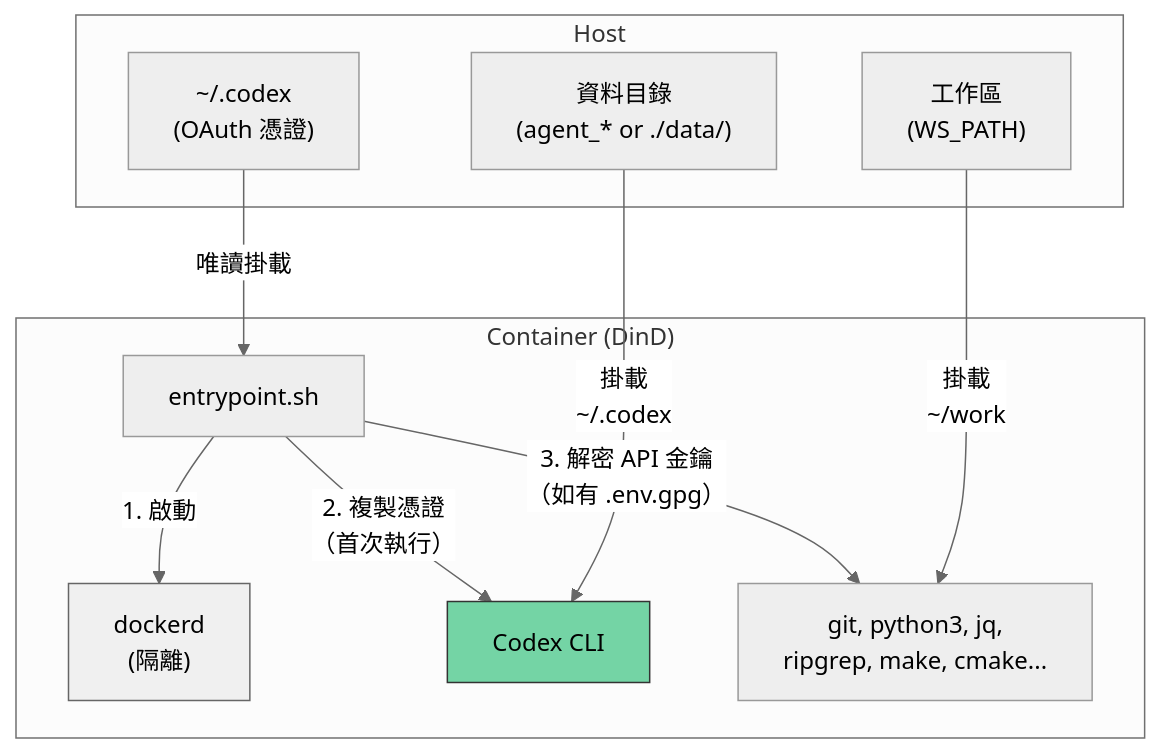
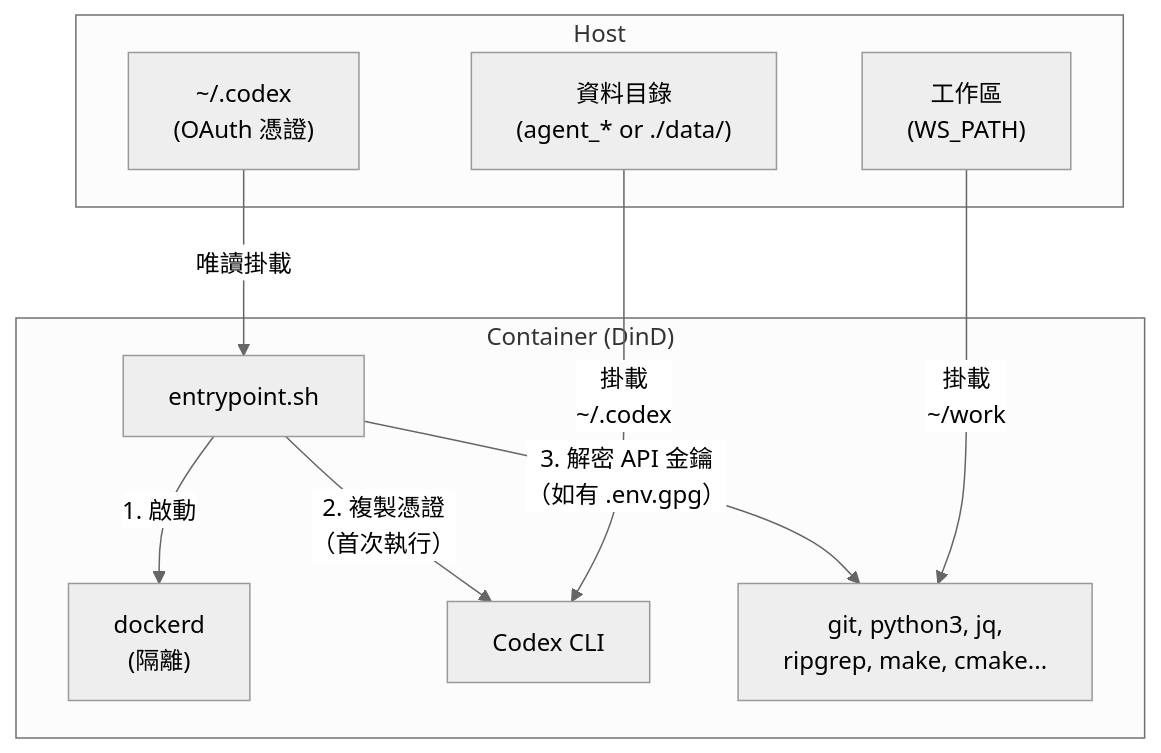
The first of 3 diagrams in doc/README.zh-TW.md (ycpss91255-docker/codex_cli), drawn with Mermaid (neutral theme) before and after one commit. The commit also changed other lines of this file and 3 other files, not shown here.

Commit message:
docs: remove mermaid background colors from architecture diagrams

````diff
--- a/doc/README.zh-TW.md
+++ b/doc/README.zh-TW.md
@@ -42,26 +42,24 @@
 ```mermaid
 graph TB
     subgraph Host
         H_OAuth["~/.codex<br/>(OAuth 憑證)"]
         H_WS["工作區<br/>(WS_PATH)"]
         H_Data["資料目錄<br/>(agent_* or ./data/)"]
     end
 
     subgraph "Container (DinD)"
         EP["entrypoint.sh"]
         DinD["dockerd<br/>(隔離)"]
         Codex["Codex CLI"]
         Tools["git, python3, jq,<br/>ripgrep, make, cmake..."]
 
         EP -->|"1. 啟動"| DinD
         EP -->|"2. 複製憑證<br/>（首次執行）"| Codex
         EP -->|"3. 解密 API 金鑰<br/>（如有 .env.gpg）"| Tools
     end
 
     H_OAuth -->|"唯讀掛載"| EP
     H_WS -->|"掛載<br/>~/work"| Tools
     H_Data -->|"掛載<br/>~/.codex"| Codex
 
-    style DinD fill:#f0f0f0,stroke:#666
-    style Codex fill:#74d4a5,stroke:#333
 ```
````
